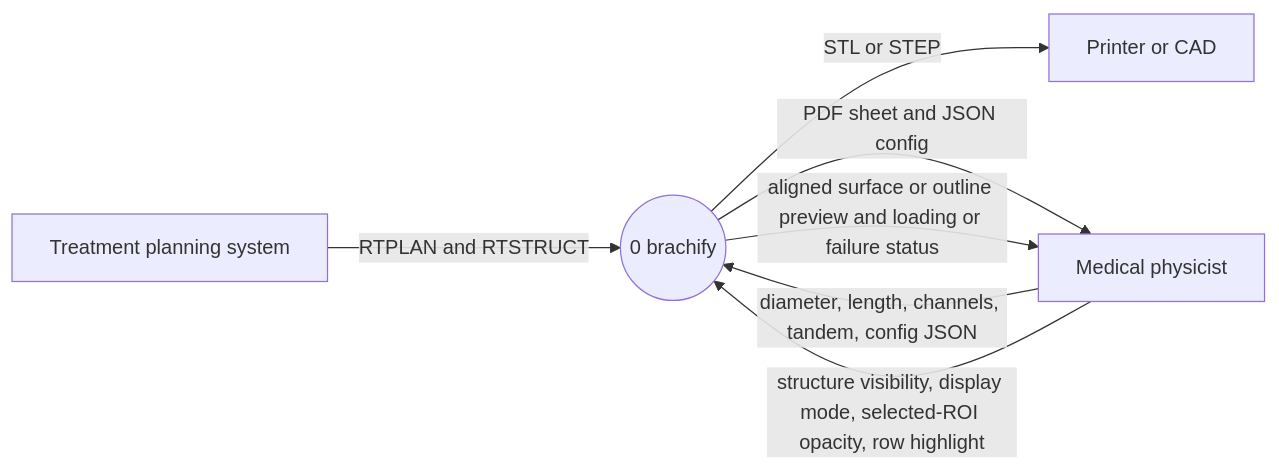
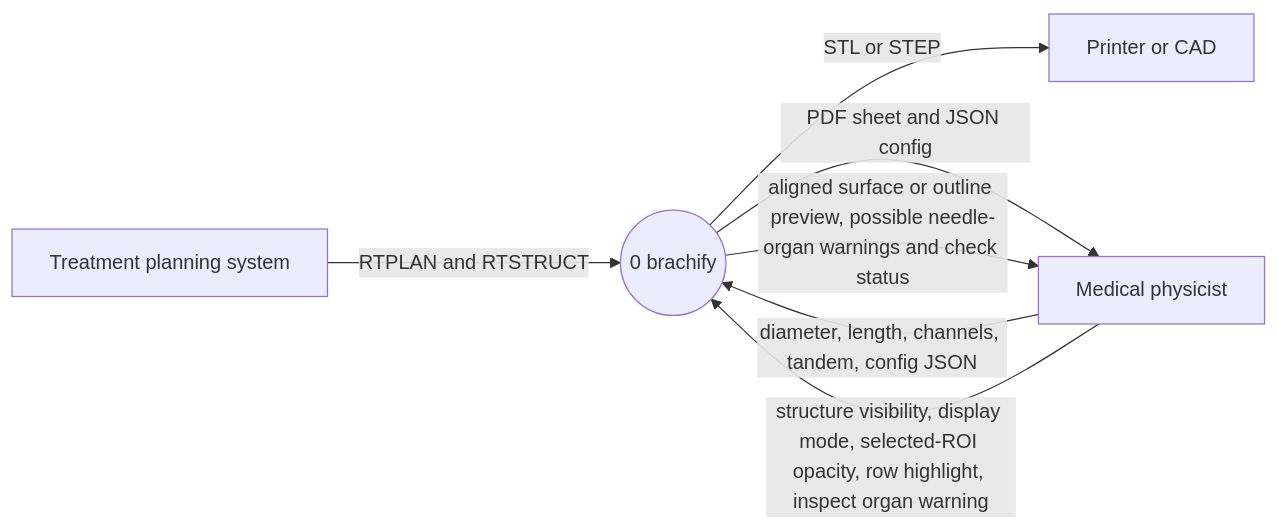
Before and after one commit to COSC-499-W2026/capstone-project-team-10: the diagram in docs/architecture/diagrams/existing-framework/dfd-0.mmd, drawn with Mermaid. The commit also changed 7 other files, not shown here.

Commit message:
docs: diagram the needle collision signal flow

```diff
--- a/docs/architecture/diagrams/existing-framework/dfd-0.mmd
+++ b/docs/architecture/diagrams/existing-framework/dfd-0.mmd
@@ -1,14 +1,14 @@
 %% title: DFD level 0
 %% alt: DFD level 0, brachify as one process
 flowchart LR
   tps["Treatment planning system"]
   physicist["Medical physicist"]
   printer["Printer or CAD"]
   brachify(("0 brachify"))
 
   tps -->|"RTPLAN and RTSTRUCT"| brachify
   physicist -->|"diameter, length, channels, tandem, config JSON"| brachify
   brachify -->|"STL or STEP"| printer
   brachify -->|"PDF sheet and JSON config"| physicist
-  physicist -->|"structure visibility, display mode, selected-ROI opacity, row highlight"| brachify
-  brachify -->|"aligned surface or outline preview and loading or failure status"| physicist
+  physicist -->|"structure visibility, display mode, selected-ROI opacity, row highlight, inspect organ warning"| brachify
+  brachify -->|"aligned surface or outline preview, possible needle-organ warnings and check status"| physicist
```
